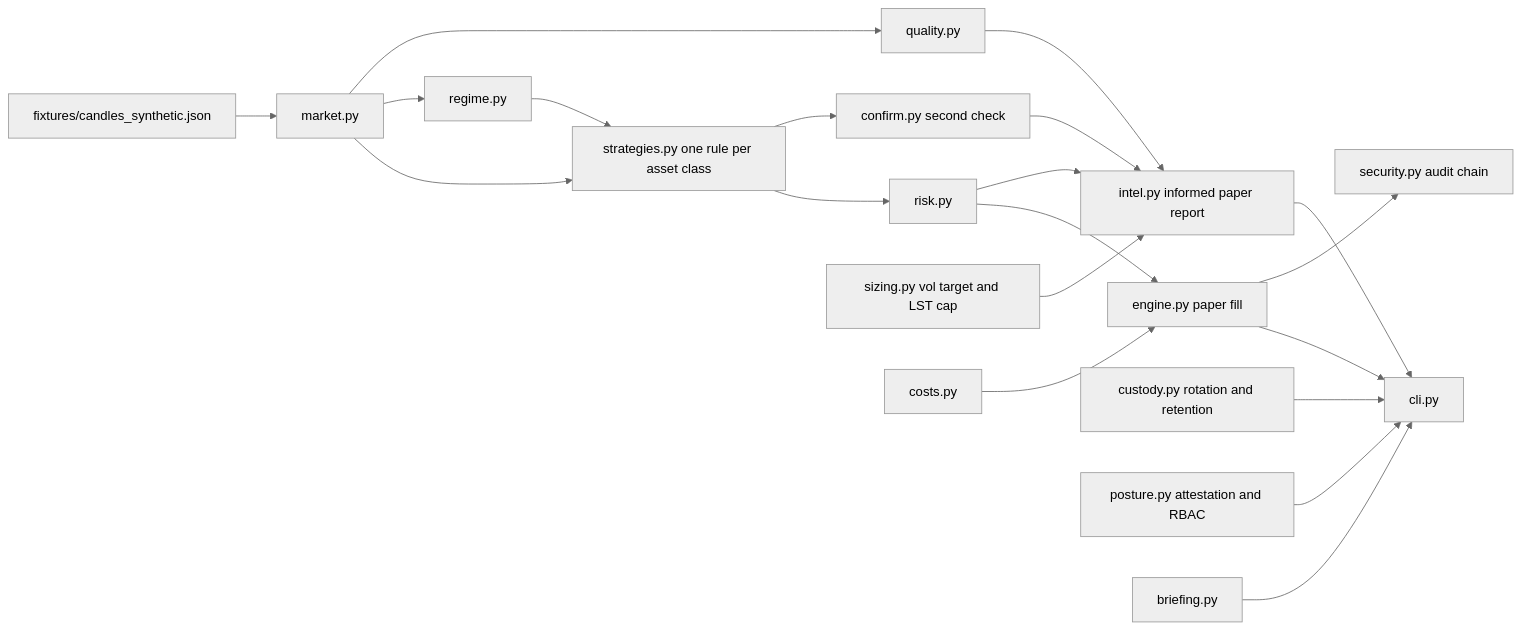
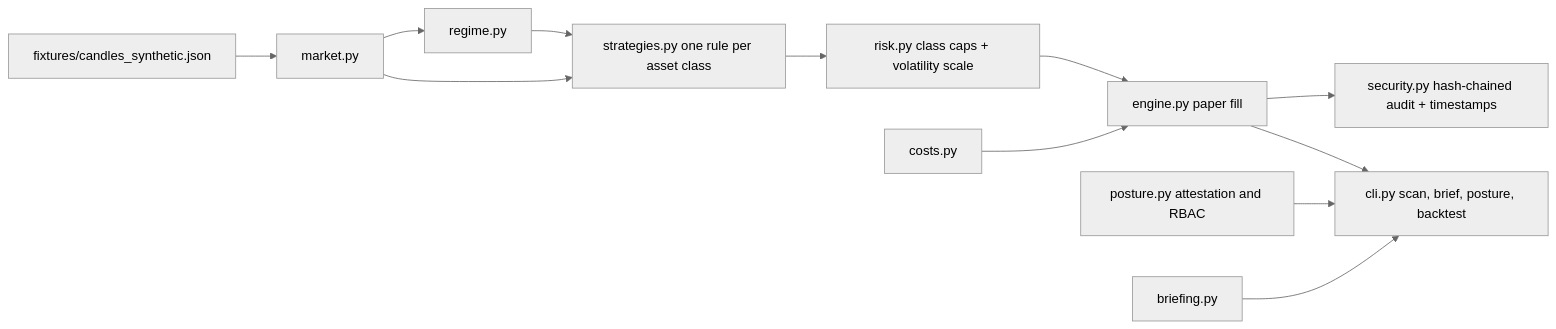
One commit to kkzee92/aixtech-crypto-intel changed the diagram in docs/architecture.md. Above: the diagram before and after it, drawn with Mermaid (neutral theme). The commit also changed other lines of this file, not shown here.

Commit message:
Update architecture diagram for v0.3 volatility scaling and timestamped audit.
AI-Assisted: yes
Human-Review: pending

````diff
--- a/docs/architecture.md
+++ b/docs/architecture.md
@@ -3,22 +3,14 @@
 ```mermaid
 flowchart LR
     FX["fixtures/candles_synthetic.json"] --> M["market.py"]
-    M --> Q["quality.py"]
     M --> RG["regime.py"]
     M --> ST["strategies.py one rule per asset class"]
     RG --> ST
-    ST --> CF["confirm.py second check"]
-    ST --> RK["risk.py"]
-    CF --> IN["intel.py informed paper report"]
-    Q --> IN
-    RK --> IN
-    SZ["sizing.py vol target and LST cap"] --> IN
+    ST --> RK["risk.py class caps + volatility scale"]
     CS["costs.py"] --> EN["engine.py paper fill"]
     RK --> EN
-    EN --> AU["security.py audit chain"]
-    CU["custody.py rotation and retention"] --> CLI["cli.py"]
-    PS["posture.py attestation and RBAC"] --> CLI
-    IN --> CLI
+    EN --> AU["security.py hash-chained audit + timestamps"]
+    PS["posture.py attestation and RBAC"] --> CLI["cli.py scan, brief, posture, backtest"]
     EN --> CLI
     BR["briefing.py"] --> CLI
 ```
````
